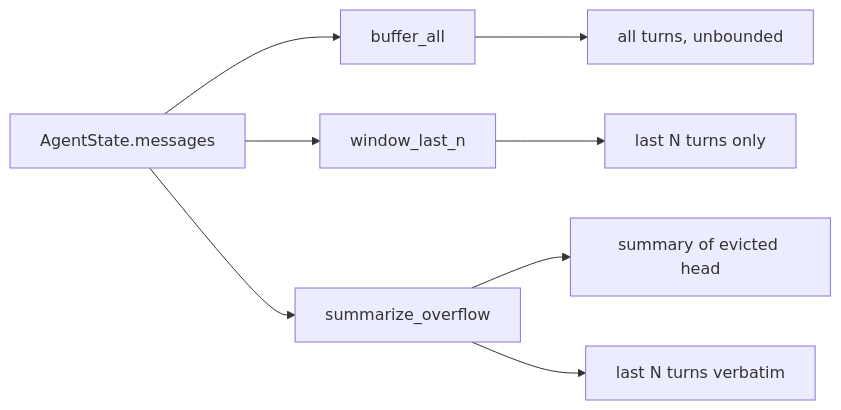
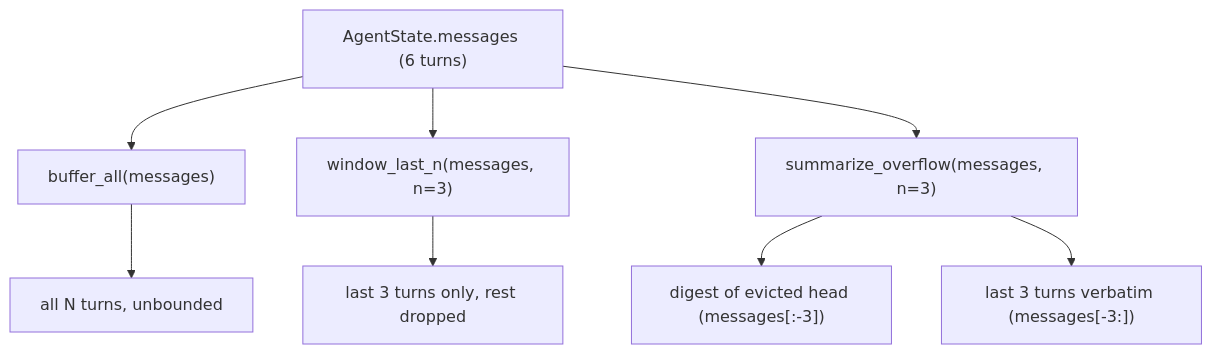
One commit to xergioalex/agent-lab changed the first of 2 diagrams in src/29_conversation_memory/README.md. Above: the diagram before and after it, drawn with Mermaid. The commit also changed other lines of this file and 64 other files, not shown here.

First line of the commit message:
docs(docs): premium Mermaid diagram pass on all 64 module READMEs

````diff
--- a/src/29_conversation_memory/README.md
+++ b/src/29_conversation_memory/README.md
@@ -46,10 +46,10 @@
 ```mermaid
-graph LR
-    M[AgentState.messages] --> B[buffer_all]
-    M --> W[window_last_n]
-    M --> S[summarize_overflow]
-    B --> B1[all turns, unbounded]
-    W --> W1[last N turns only]
-    S --> S1[summary of evicted head]
-    S --> S2[last N turns verbatim]
+flowchart TD
+    messages["AgentState.messages (6 turns)"] --> buffer_all["buffer_all(messages)"]
+    messages --> window_last_n["window_last_n(messages, n=3)"]
+    messages --> summarize_overflow["summarize_overflow(messages, n=3)"]
+    buffer_all --> bufOut["all N turns, unbounded"]
+    window_last_n --> winOut["last 3 turns only, rest dropped"]
+    summarize_overflow --> sumA["digest of evicted head (messages[:-3])"]
+    summarize_overflow --> sumB["last 3 turns verbatim (messages[-3:])"]
 ```
````
